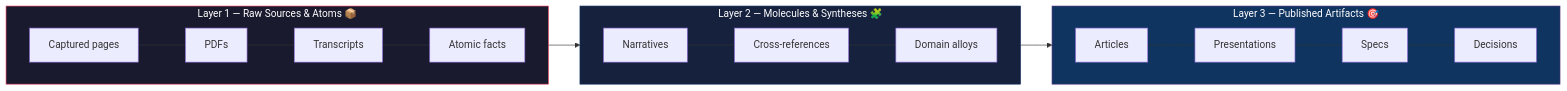
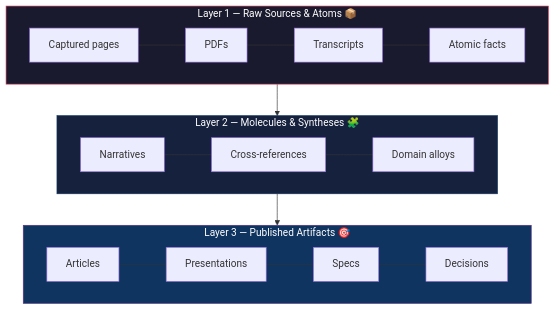
The diagram in README.md (groktopus/artifact-pyramids), drawn with Mermaid before and after one commit.

Commit message:
Switch Mermaid to flowchart TD (portrait) for GitHub rendering

````diff
--- a/README.md
+++ b/README.md
@@ -7,24 +7,21 @@
 ```mermaid
-flowchart LR
+flowchart TD
     subgraph Layer3["Layer 3 — Published Artifacts 🎯"]
-        direction LR
         A3[Articles] --- P3[Presentations] --- S3[Specs] --- D3[Decisions]
     end
 
     subgraph Layer2["Layer 2 — Molecules & Syntheses 🧩"]
-        direction LR
         M1[Narratives] --- M2[Cross-references] --- M3[Domain alloys]
     end
 
     subgraph Layer1["Layer 1 — Raw Sources & Atoms 📦"]
-        direction LR
         S1[Captured pages] --- S2[PDFs] --- S3a[Transcripts] --- S4[Atomic facts]
     end
 
     Layer2 --> Layer3
     Layer1 --> Layer2
 
     style Layer1 fill:#1a1a2e,stroke:#e94560,color:#fff
     style Layer2 fill:#16213e,stroke:#0f3460,color:#fff
     style Layer3 fill:#0f3460,stroke:#533483,color:#fff
 ```
````
